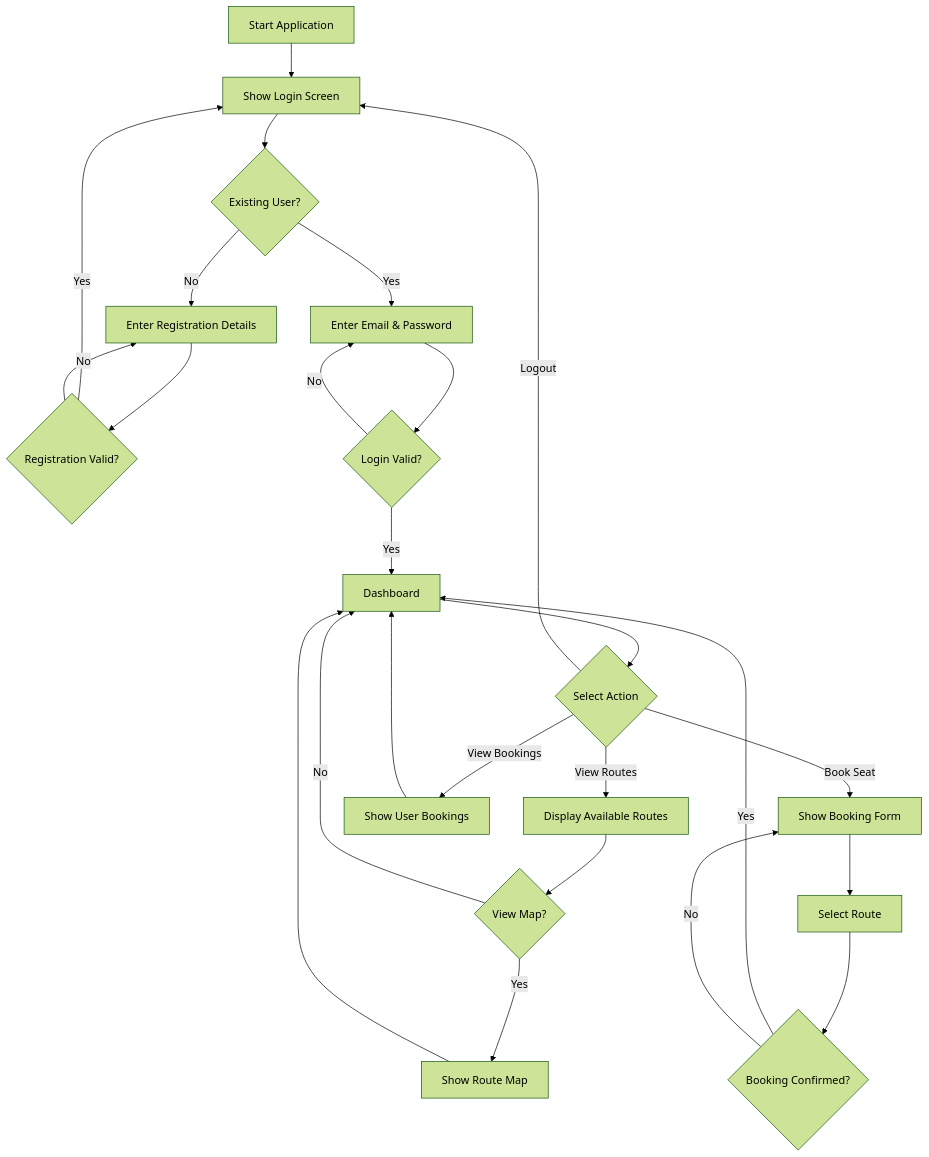
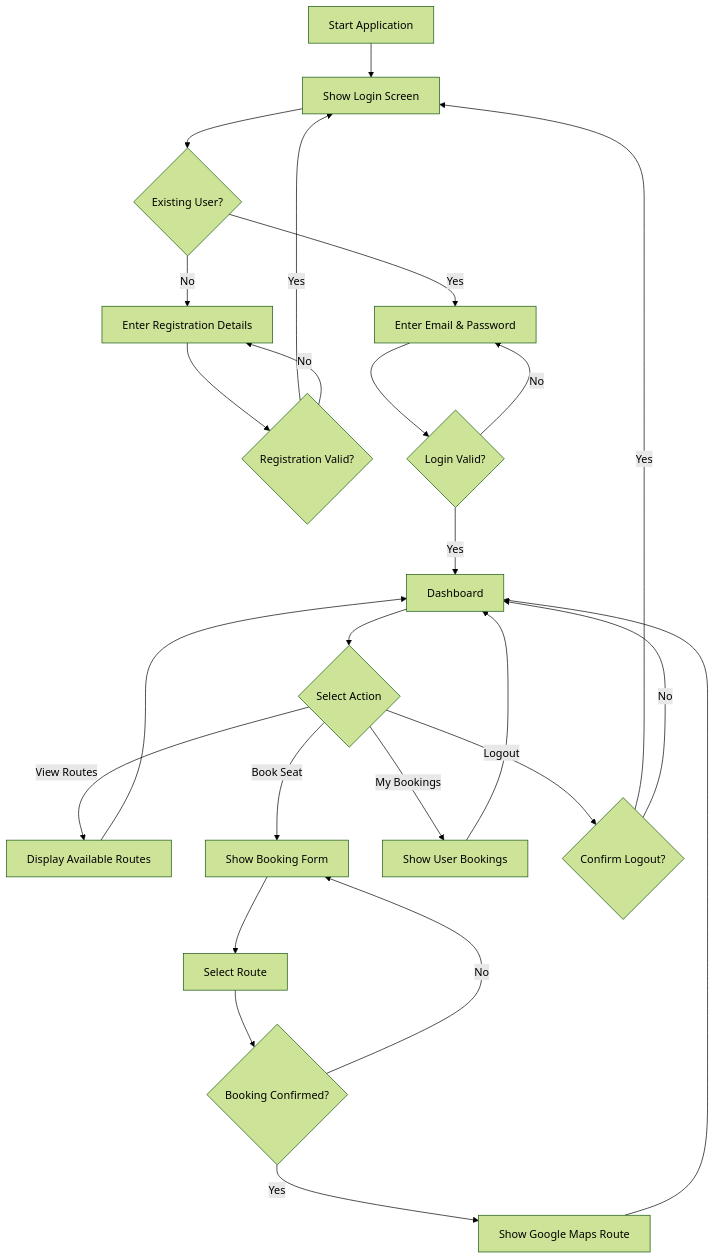
One commit to DarwinMelaya/TranConnect changed the diagram in flowchart.md. Above: the diagram before and after it, drawn with Mermaid (forest theme). The commit also changed 1 other file, not shown here.

Commit message:
Change the UI of the main file

````diff
--- a/flowchart.md
+++ b/flowchart.md
@@ -1,35 +1,35 @@
 ```mermaid
 flowchart TD
     A[Start Application] --> B[Show Login Screen]
     B --> C{Existing User?}
 
     C -->|No| E[Enter Registration Details]
     C -->|Yes| D[Enter Email & Password]
 
     E --> F{Registration Valid?}
     F -->|Yes| B
     F -->|No| E
 
     D --> G{Login Valid?}
     G -->|No| D
     G -->|Yes| H[Dashboard]
 
     H --> I{Select Action}
 
     I -->|View Routes| J[Display Available Routes]
-    J --> O{View Map?}
-    O -->|Yes| P[Show Route Map]
-    O -->|No| H
-    P --> H
+    J --> H
 
     I -->|Book Seat| K[Show Booking Form]
     K --> M[Select Route]
     M --> N{Booking Confirmed?}
-    N -->|Yes| H
+    N -->|Yes| Q[Show Google Maps Route]
+    Q --> H
     N -->|No| K
 
-    I -->|View Bookings| L[Show User Bookings]
+    I -->|My Bookings| L[Show User Bookings]
     L --> H
 
-    I -->|Logout| B
+    I -->|Logout| R{Confirm Logout?}
+    R -->|Yes| B
+    R -->|No| H
 ```
````
